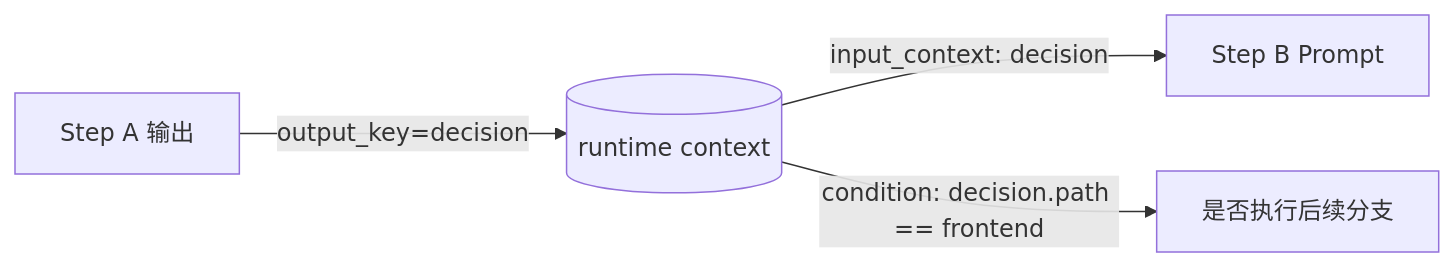
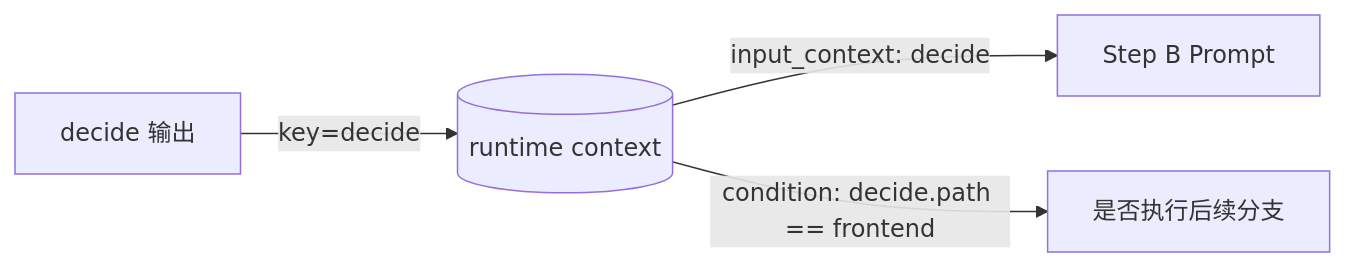
Before and after one commit to sjzsdu/tt: the fifth of 8 diagrams in ai-docs/formula-system.md, drawn with Mermaid. The commit also changed other lines of this file and 21 other files, not shown here.

````diff
--- a/ai-docs/formula-system.md
+++ b/ai-docs/formula-system.md
@@ -200,6 +200,6 @@
 ```mermaid
 flowchart LR
-    A[Step A 输出] -->|output_key=decision| C[(runtime context)]
-    C -->|input_context: decision| B[Step B Prompt]
-    C -->|condition: decision.path == frontend| D[是否执行后续分支]
+    A[decide 输出] -->|key=decide| C[(runtime context)]
+    C -->|input_context: decide| B[Step B Prompt]
+    C -->|condition: decide.path == frontend| D[是否执行后续分支]
 ```
````
